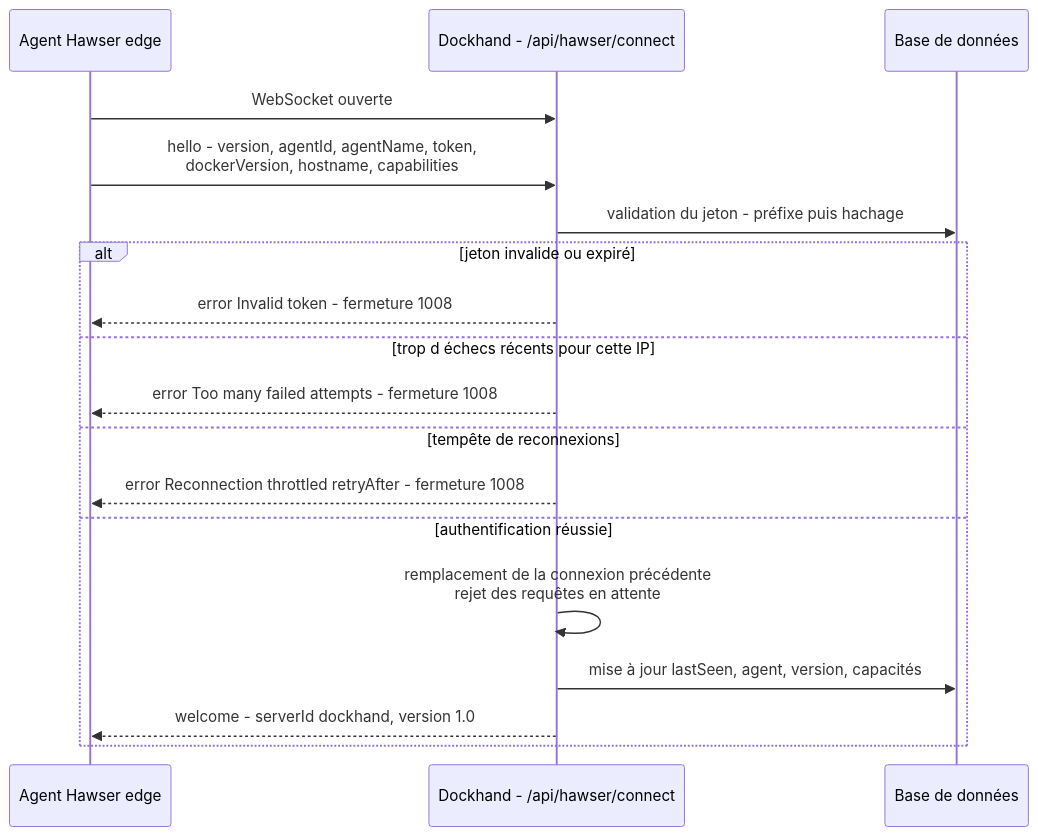
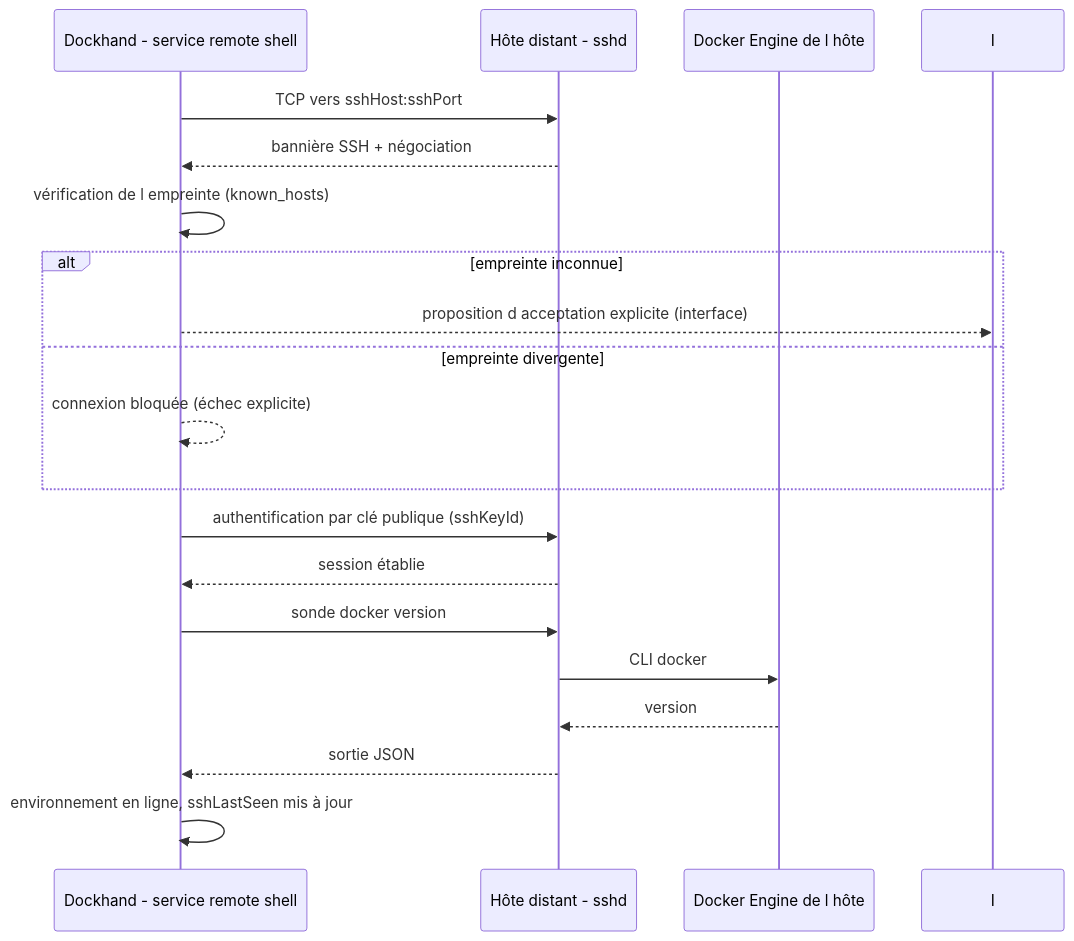
One commit to stefapi/windflow changed the third of 3 diagrams in docs/spec_dockhand_reference/04-environnements.md. Above: the diagram before and after it, drawn with Mermaid. The commit also changed other lines of this file and 15 other files, not shown here.

````diff
--- a/docs/spec_dockhand_reference/04-environnements.md
+++ b/docs/spec_dockhand_reference/04-environnements.md
@@ -234,21 +235,22 @@
 ```mermaid
 sequenceDiagram
-    participant A as Agent Hawser edge
-    participant S as Dockhand - /api/hawser/connect
-    participant B as Base de données
+    participant S as Dockhand - service remote shell
+    participant H as Hôte distant - sshd
+    participant D as Docker Engine de l hôte
 
-    A->>S: WebSocket ouverte
-    A->>S: hello - version, agentId, agentName, token,<br/>dockerVersion, hostname, capabilities
-    S->>B: validation du jeton - préfixe puis hachage
-    alt jeton invalide ou expiré
-        S-->>A: error Invalid token - fermeture 1008
-    else trop d échecs récents pour cette IP
-        S-->>A: error Too many failed attempts - fermeture 1008
-    else tempête de reconnexions
-        S-->>A: error Reconnection throttled retryAfter - fermeture 1008
-    else authentification réussie
-        S->>S: remplacement de la connexion précédente<br/>rejet des requêtes en attente
-        S->>B: mise à jour lastSeen, agent, version, capacités
-        S-->>A: welcome - serverId dockhand, version 1.0
+    S->>H: TCP vers sshHost:sshPort
+    H-->>S: bannière SSH + négociation
+    S->>S: vérification de l empreinte (known_hosts)
+    alt empreinte inconnue
+        S-->>I: proposition d acceptation explicite (interface)
+    else empreinte divergente
+        S-->>S: connexion bloquée (échec explicite)
     end
+    S->>H: authentification par clé publique (sshKeyId)
+    H-->>S: session établie
+    S->>H: sonde docker version
+    H->>D: CLI docker
+    D-->>H: version
+    H-->>S: sortie JSON
+    S->>S: environnement en ligne, sshLastSeen mis à jour
 ```
````
